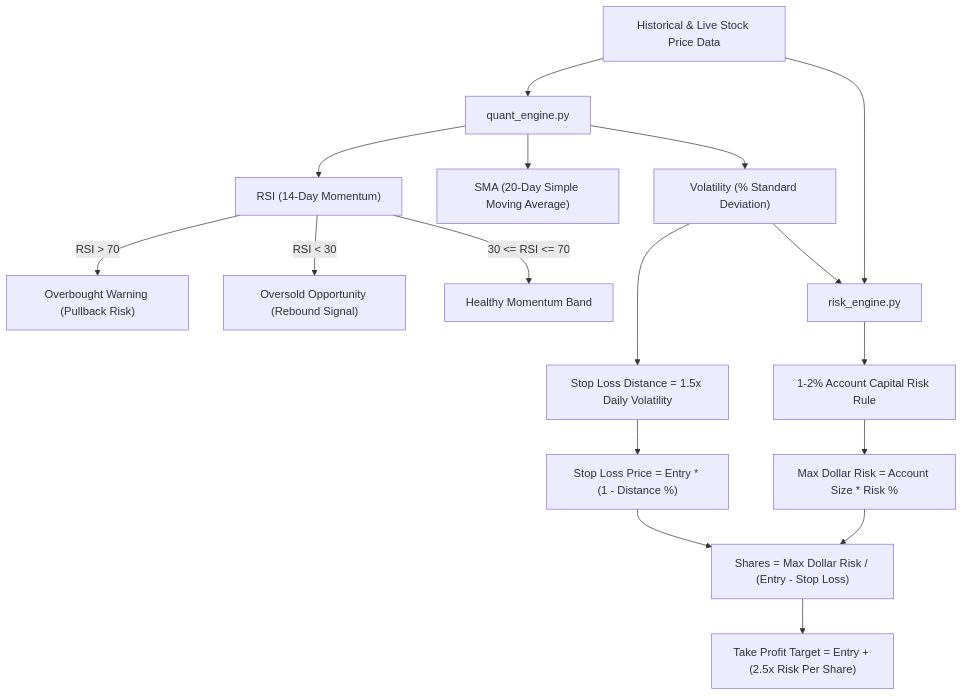
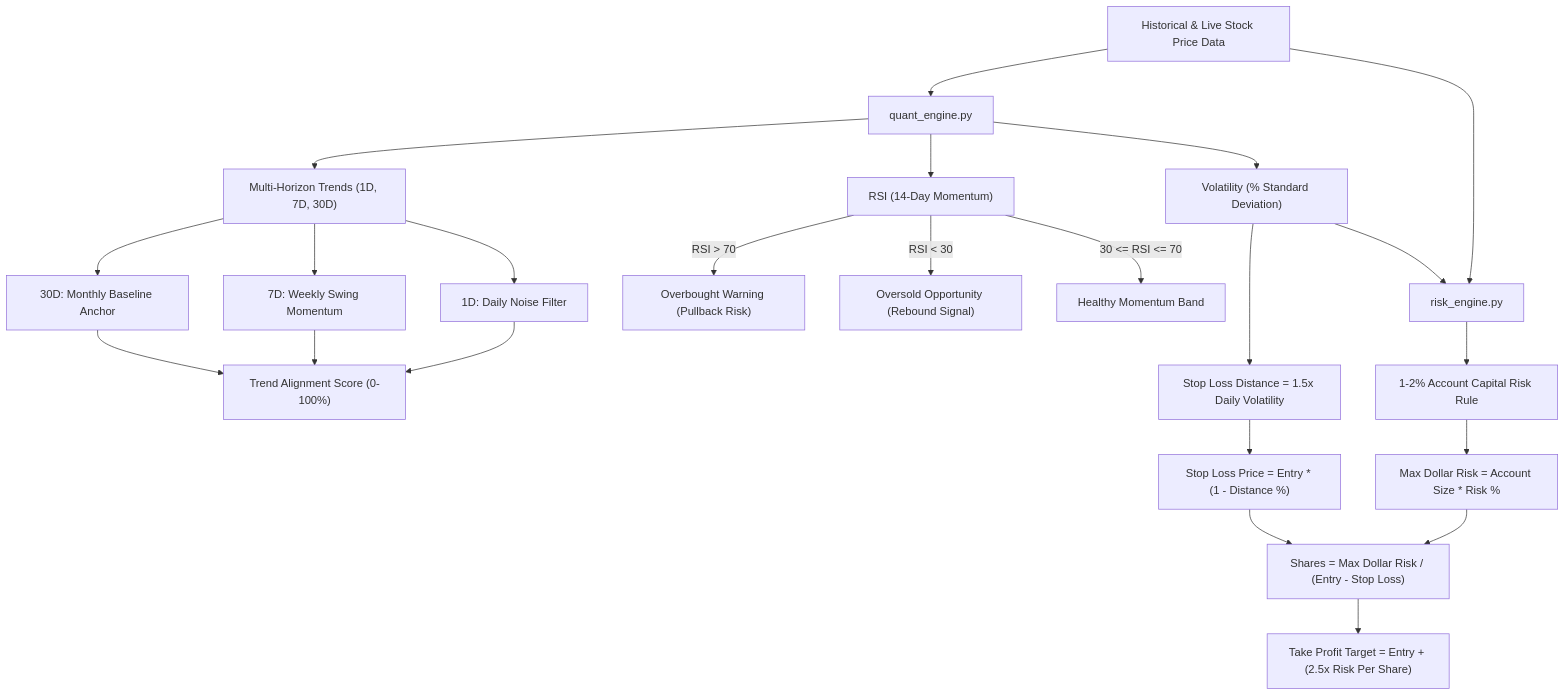
One commit to jimschweizer/Quantum-Stock-Mentor changed the fourth of 4 diagrams in Sovereign Code/KNOWLEDGE_GRAPH.md. Above: the diagram before and after it, drawn with Mermaid. The commit also changed other lines of this file and 1 other file, not shown here.

Commit message:
docs: update README and KNOWLEDGE_GRAPH with multi-horizon trend learning analytics

````diff
--- a/Sovereign Code/KNOWLEDGE_GRAPH.md
+++ b/Sovereign Code/KNOWLEDGE_GRAPH.md
@@ -112,23 +112,29 @@
 ```mermaid
 graph TD
     PriceData["Historical & Live Stock Price Data"] --> QuantCalc["quant_engine.py"]
     
     QuantCalc --> RSI["RSI (14-Day Momentum)"]
-    QuantCalc --> SMA["SMA (20-Day Simple Moving Average)"]
+    QuantCalc --> Trends["Multi-Horizon Trends (1D, 7D, 30D)"]
     QuantCalc --> Vol["Volatility (% Standard Deviation)"]
+
+    Trends --> D1["1D: Daily Noise Filter"]
+    Trends --> D7["7D: Weekly Swing Momentum"]
+    Trends --> D30["30D: Monthly Baseline Anchor"]
+
+    D1 & D7 & D30 --> Confluence["Trend Alignment Score (0-100%)"]
 
     RSI -->|RSI > 70| Overbought["Overbought Warning (Pullback Risk)"]
     RSI -->|RSI < 30| Oversold["Oversold Opportunity (Rebound Signal)"]
     RSI -->|30 <= RSI <= 70| Healthy["Healthy Momentum Band"]
 
     PriceData & Vol --> RiskCalc["risk_engine.py"]
     
     RiskCalc --> AccountRisk["1-2% Account Capital Risk Rule"]
     AccountRisk --> MaxDollarRisk["Max Dollar Risk = Account Size * Risk %"]
     
     Vol --> StopLossDistance["Stop Loss Distance = 1.5x Daily Volatility"]
     StopLossDistance --> StopLossPrice["Stop Loss Price = Entry * (1 - Distance %)"]
     
     MaxDollarRisk & StopLossPrice --> ShareSize["Shares = Max Dollar Risk / (Entry - Stop Loss)"]
     ShareSize --> TakeProfit["Take Profit Target = Entry + (2.5x Risk Per Share)"]
 ```
````
